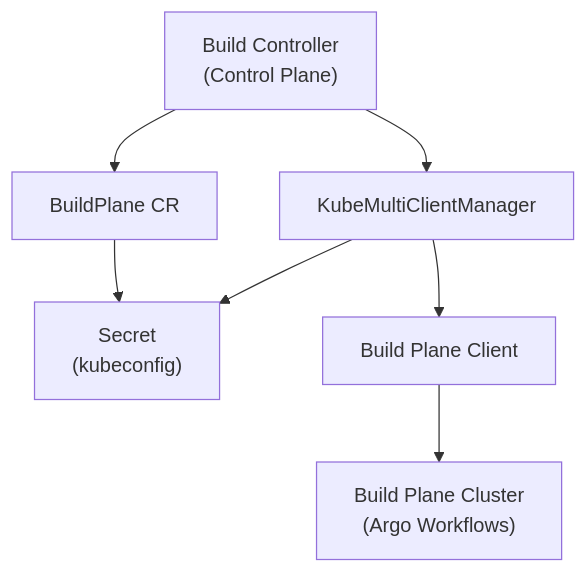
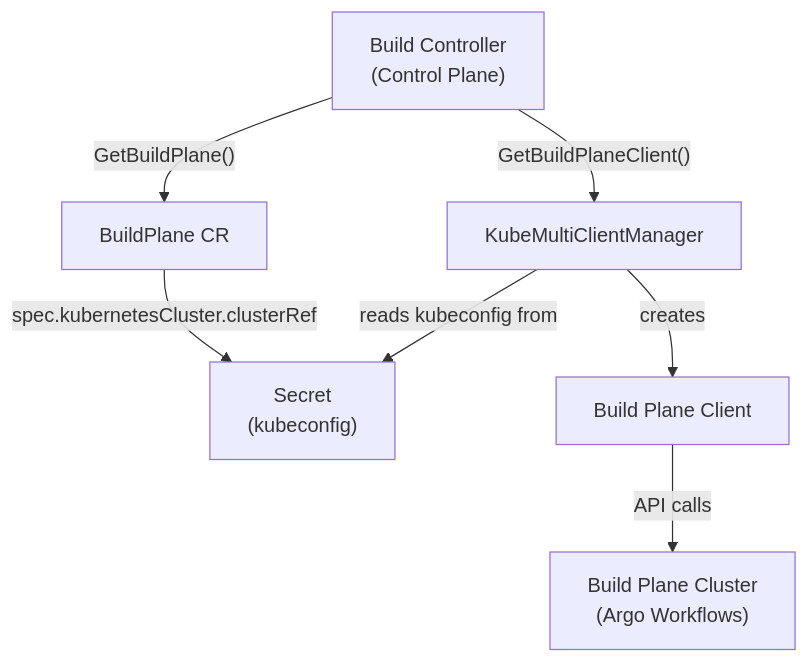
The sixth of 7 diagrams in docs/deepwiki/Build-Plane-and-Argo-Integration.md (openchoreo/openchoreo), drawn with Mermaid before and after one commit. The commit also changed other lines of this file and 85 other files, not shown here.

Commit message:
feat: Add new workflow and specification templates, update Helm chart dependencies, and clarify documentation diagrams.

````diff
--- a/docs/deepwiki/Build-Plane-and-Argo-Integration.md
+++ b/docs/deepwiki/Build-Plane-and-Argo-Integration.md
@@ -481,17 +481,17 @@
 ```mermaid
 flowchart TD
 
 BuildController["Build Controller<br>(Control Plane)"]
 ClientMgr["KubeMultiClientManager"]
 BuildPlaneCR["BuildPlane CR"]
 Secret["Secret<br>(kubeconfig)"]
 BPClient["Build Plane Client"]
 BPCluster["Build Plane Cluster<br>(Argo Workflows)"]
 
-BuildController --> BuildPlaneCR
-BuildPlaneCR --> Secret
-BuildController --> ClientMgr
-ClientMgr --> Secret
-ClientMgr --> BPClient
-BPClient --> BPCluster
+BuildController -->|"GetBuildPlane()"| BuildPlaneCR
+BuildPlaneCR -->|"spec.kubernetesCluster.clusterRef"| Secret
+BuildController -->|"GetBuildPlaneClient()"| ClientMgr
+ClientMgr -->|"reads kubeconfig from"| Secret
+ClientMgr -->|"creates"| BPClient
+BPClient -->|"API calls"| BPCluster
 ```
````
